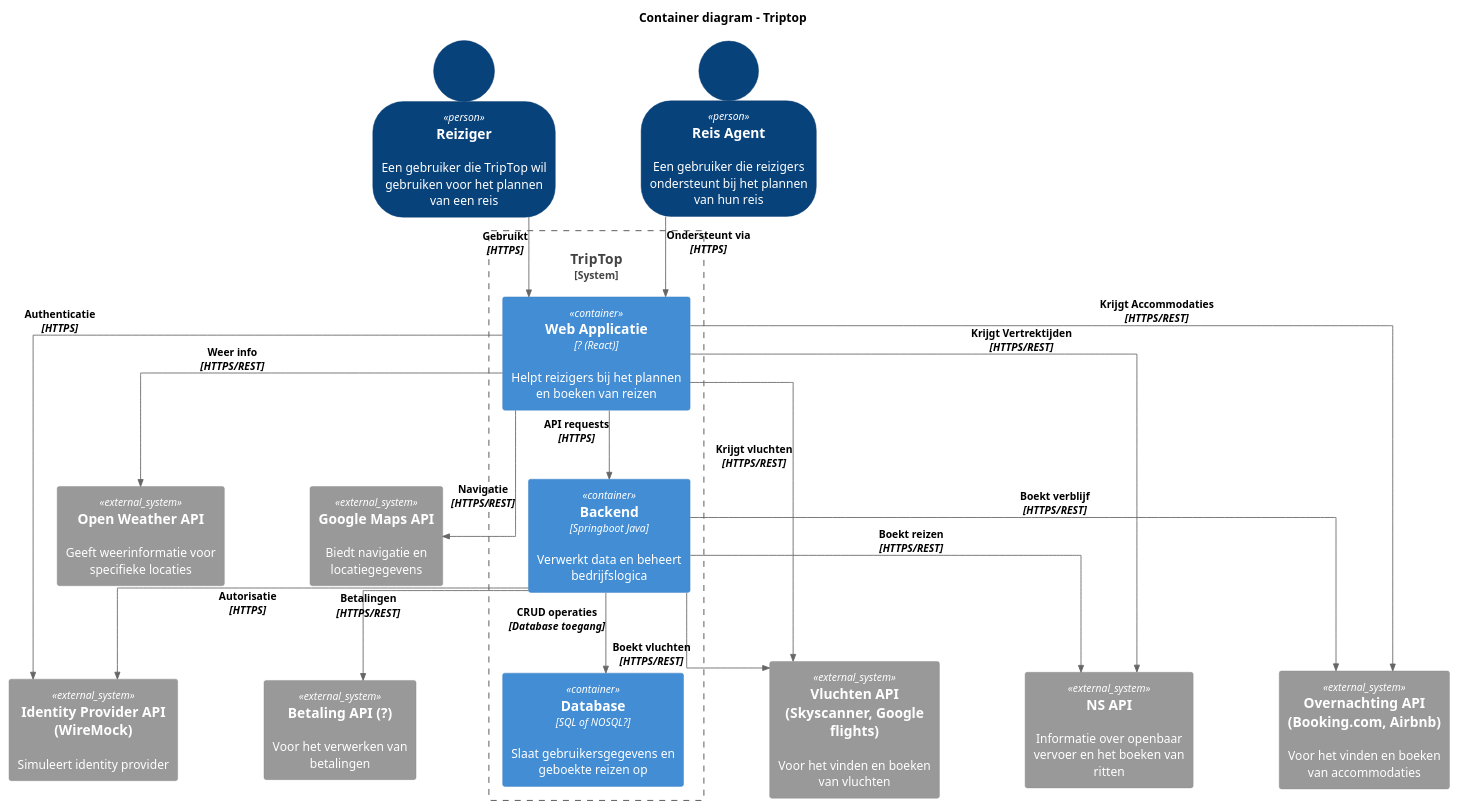
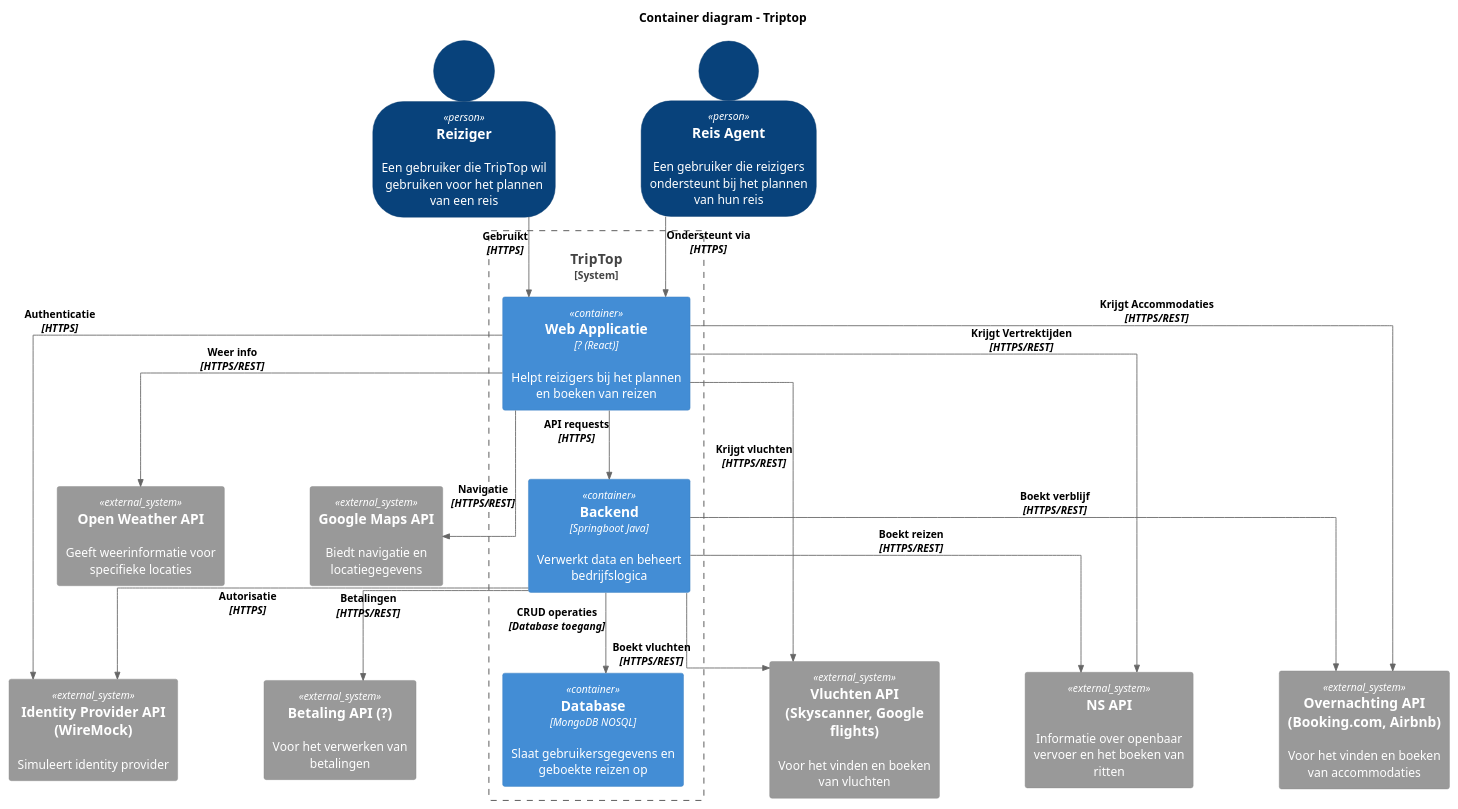
Before and after one commit to AIM-ENE-feb25/triptop-livingin-s-pain-nouri-siebe-boris: the diagram in opdracht-diagrammen/Groeps-diagram/Groeps_container.puml, drawn with PlantUML. The commit also changed 7 other files, not shown here.

```diff
--- a/opdracht-diagrammen/Groeps-diagram/Groeps_container.puml
+++ b/opdracht-diagrammen/Groeps-diagram/Groeps_container.puml
@@ -1,73 +1,67 @@
 @startuml C4_Elements
 !include https://raw.githubusercontent.com/plantuml-stdlib/C4-PlantUML/master/C4_Container.puml
 
 ' Opmaak voor netheid, rechte lijnen en betere tekstzichtbaarheid
 skinparam ranksep 80
 skinparam nodesep 100
 skinparam ArrowColor #666666
 skinparam linetype ortho
 
 ' Tekst opmaak verbeteren
 skinparam ArrowFontSize 12
 skinparam ArrowFontColor black
 skinparam ArrowFontStyle bold
 skinparam ArrowFontName Arial
 
 title Container diagram - Triptop
 
 SHOW_PERSON_OUTLINE()
 
 ' Gebruikers
 Person(reiziger, "Reiziger", "Een gebruiker die TripTop wil gebruiken voor het plannen van een reis")
 Person(reisagent, "Reis Agent", "Een gebruiker die reizigers ondersteunt bij het plannen van hun reis")
 
 ' Externe systemen in groepen
 
 together{
 System_Ext(googleMapsApi, "Google Maps API", "Biedt navigatie en locatiegegevens")
 System_Ext(weerApi, "Open Weather API", "Geeft weerinformatie voor specifieke locaties")
 }
 
 together {
   System_Ext(nsApi, "NS API", "Informatie over openbaar vervoer en het boeken van ritten")
   System_Ext(overnachtingApi, "Overnachting API (Booking.com, Airbnb)", "Voor het vinden en boeken van accommodaties")
   System_Ext(vluchtApi, "Vluchten API (Skyscanner, Google flights)", "Voor het vinden en boeken van vluchten")
 }
 
 together{
 System_Ext(identityApi, "Identity Provider API (WireMock)", "Simuleert identity provider")
 System_Ext(betalingApi, "Betaling API (?)", "Voor het verwerken van betalingen")
 }
-' TripTop Systeem
 System_Boundary(tripTopSystem, "TripTop"){
     Container(webApp, "Web Applicatie", "? (React)", "Helpt reizigers bij het plannen en boeken van reizen")
     Container(backendService, "Backend", "Springboot Java", "Verwerkt data en beheert bedrijfslogica")
-    Container(dataStore, "Database", "SQL of NOSQL?", "Slaat gebruikersgegevens en geboekte reizen op")
+    Container(dataStore, "Database", "MongoDB NOSQL", "Slaat gebruikersgegevens en geboekte reizen op")
 }
 
-' Gebruikersinteracties
 Rel(reiziger, webApp, "Gebruikt", "HTTPS")
 Rel(reisagent, webApp, "Ondersteunt via", "HTTPS")
 
-' Interne systeemrelaties
 Rel(webApp, backendService, "API requests", "HTTPS")
 Rel(backendService, dataStore, "CRUD operaties", "Database toegang")
 
-' Web App naar informatie APIs
 Rel(webApp, googleMapsApi, "Navigatie", "HTTPS/REST")
 Rel(webApp, weerApi, "Weer info", "HTTPS/REST")
 Rel(webApp, nsApi, "Krijgt Vertrektijden", "HTTPS/REST")
 Rel(webApp, overnachtingApi, "Krijgt Accommodaties", "HTTPS/REST")
 Rel(webApp, vluchtApi, "Krijgt vluchten", "HTTPS/REST")
 
-' Authentication
 Rel(webApp, identityApi, "Authenticatie", "HTTPS")
 Rel(backendService, identityApi, "Autorisatie", "HTTPS")
 
-' Backend naar boekings-APIs
 Rel(backendService, nsApi, "Boekt reizen", "HTTPS/REST")
 Rel(backendService, overnachtingApi, "Boekt verblijf", "HTTPS/REST")
 Rel(backendService, vluchtApi, "Boekt vluchten", "HTTPS/REST")
 Rel(backendService, betalingApi, "Betalingen", "HTTPS/REST")
 
 @enduml
```
